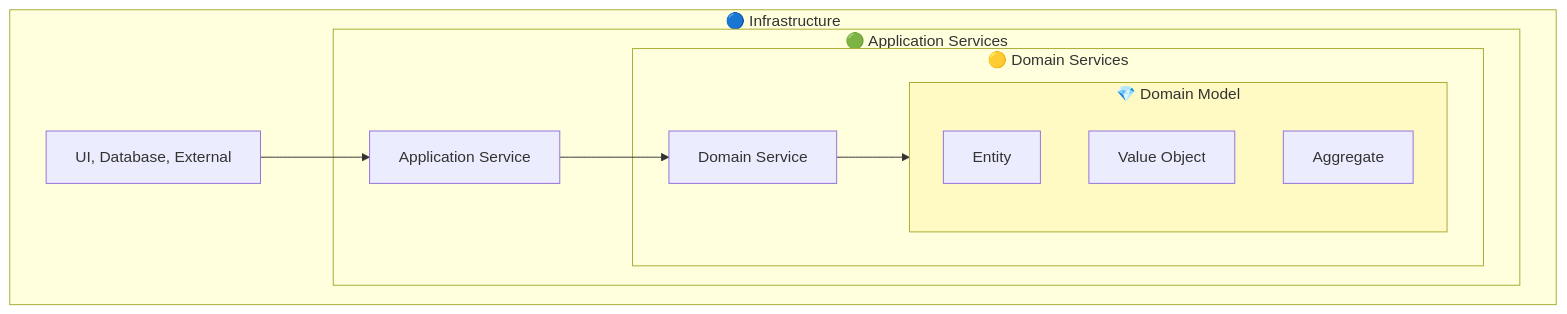
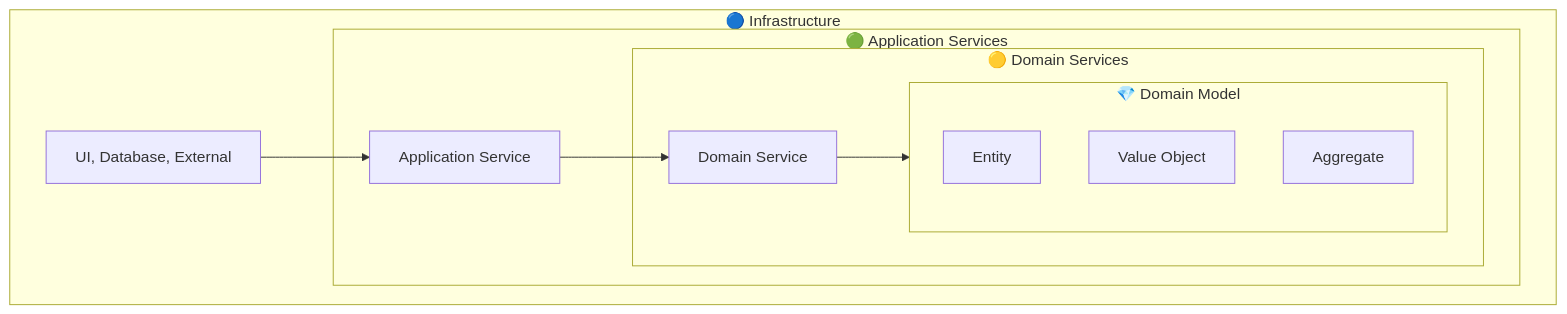
One commit to advanced-beginner/advanced-beginner.github.io changed the diagram in content/en/ddd/concepts/onion-architecture.md. Above: the diagram before and after it, drawn with Mermaid. The commit also changed 35 other files, not shown here.

First line of the commit message:
refactor: Mermaid 다이어그램 개선

````diff
--- a/content/en/ddd/concepts/onion-architecture.md
+++ b/content/en/ddd/concepts/onion-architecture.md
@@ -15,21 +15,19 @@
 ```mermaid
 flowchart TB
     subgraph Outer["🔵 Infrastructure"]
         subgraph App["🟢 Application Services"]
             subgraph DomainSvc["🟡 Domain Services"]
                 subgraph Model["💎 Domain Model"]
                     E["Entity"]
                     VO["Value Object"]
                     AGG["Aggregate"]
                 end
                 DS["Domain Service"]
             end
             AS["Application Service"]
         end
         INF["UI, Database, External"]
     end
 
     INF --> AS --> DS --> Model
-
-    style Model fill:#fff9c4
 ```
````
